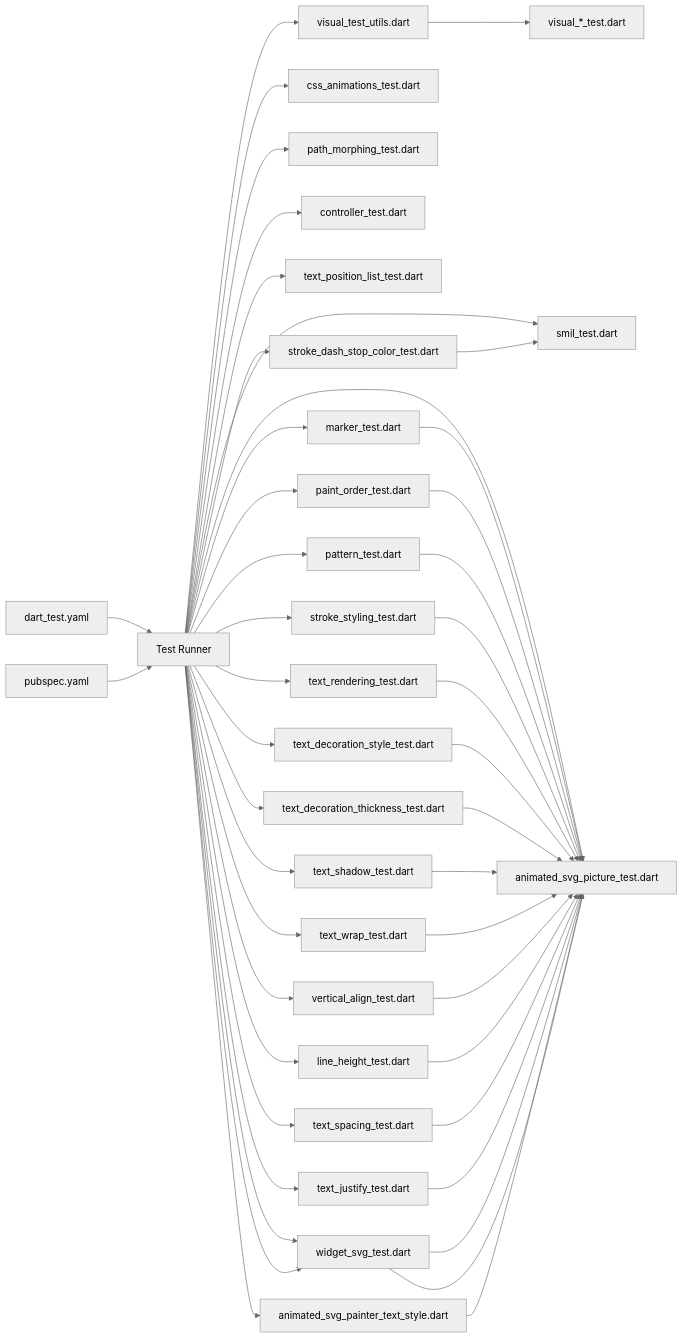
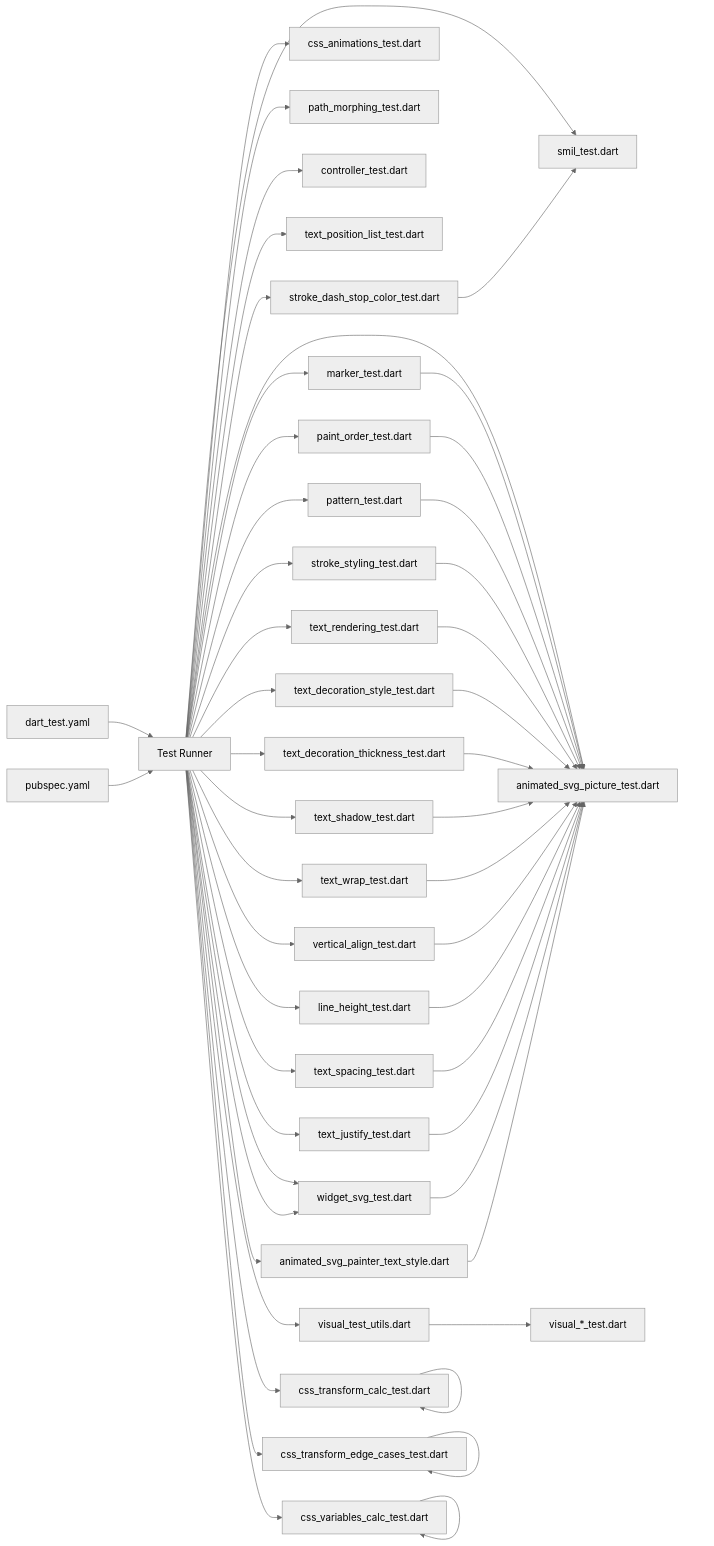
Before and after one commit to denisnadey/flutter_full_svg_support: the ninth of 9 diagrams in .qoder/repowiki/en/content/Testing and Quality Assurance.md, drawn with Mermaid (neutral theme). The commit also changed other lines of this file and 18 other files, not shown here.

````diff
--- a/.qoder/repowiki/en/content/Testing and Quality Assurance.md
+++ b/.qoder/repowiki/en/content/Testing and Quality Assurance.md
@@ -639,47 +718,52 @@
 ```mermaid
 graph LR
 D["dart_test.yaml"] --> T["Test Runner"]
 P["pubspec.yaml"] --> T
 T --> V["visual_test_utils.dart"]
 T --> S["smil_test.dart"]
 T --> C["css_animations_test.dart"]
 T --> PM["path_morphing_test.dart"]
 T --> CT["controller_test.dart"]
 T --> AP["animated_svg_picture_test.dart"]
 T --> TP["text_position_list_test.dart"]
 T --> MK["marker_test.dart"]
 T --> PO["paint_order_test.dart"]
 T --> PT["pattern_test.dart"]
 T --> SS["stroke_styling_test.dart"]
 T --> TR["text_rendering_test.dart"]
 T --> TDS["text_decoration_style_test.dart"]
 T --> TDT["text_decoration_thickness_test.dart"]
 T --> TSH["text_shadow_test.dart"]
 T --> TW["text_wrap_test.dart"]
 T --> VA["vertical_align_test.dart"]
 T --> LH["line_height_test.dart"]
 T --> TS["text_spacing_test.dart"]
 T --> TJ["text_justify_test.dart"]
 T --> WS["white_space_test.dart"]
 T --> SDSC["stroke_dash_stop_color_test.dart"]
 T --> ASTS["animated_svg_painter_text_style.dart"]
 T --> WS["widget_svg_test.dart"]
+T --> CTC["css_transform_calc_test.dart"]
+T --> CTEC["css_transform_edge_cases_test.dart"]
+T --> CVC["css_variables_calc_test.dart"]
 V --> VT["visual_*_test.dart"]
 MK --> AP
 PO --> AP
 PT --> AP
 SS --> AP
 TR --> AP
 TDS --> AP
 TDT --> AP
 TSH --> AP
 TW --> AP
 VA --> AP
 LH --> AP
 TS --> AP
 TJ --> AP
 WS --> AP
 SDSC --> S
 ASTS --> AP
-WS --> AP
+CTC --> CTC
+CTEC --> CTEC
+CVC --> CVC
 ```
````
